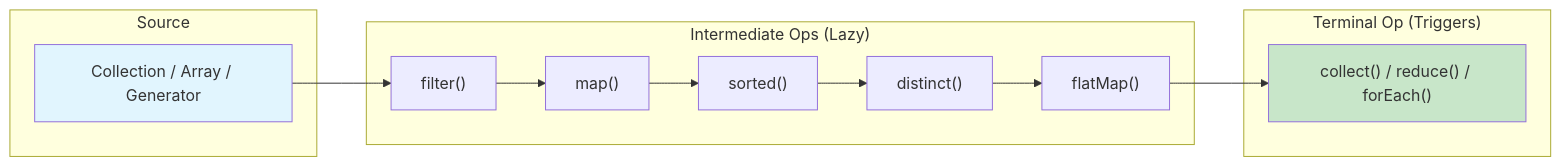
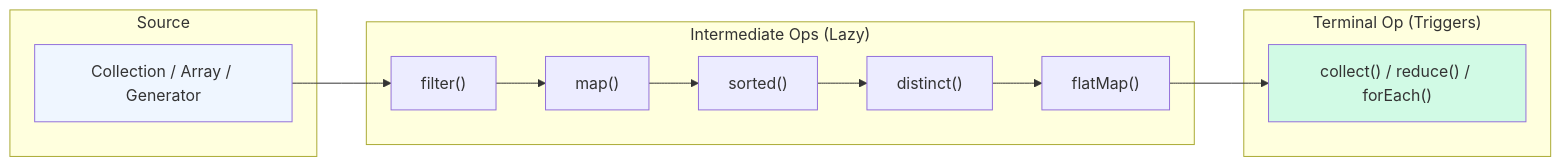
The third of 4 diagrams in docs/java/FunctionalProgramming.md (saivamsikaruturi/vamsilabs-dev-notes-main), drawn with Mermaid before and after one commit. The commit also changed other lines of this file and 220 other files, not shown here.

First line of the commit message:
Add 50+ new Java/Spring Boot pages, rewrite CSS code blocks to Oracle style, fix all diagram colors

````diff
--- a/docs/java/FunctionalProgramming.md
+++ b/docs/java/FunctionalProgramming.md
@@ -246,19 +256,19 @@
 ```mermaid
 graph LR
     subgraph Source
         S["Collection / Array / Generator"]
     end
     subgraph "Intermediate Ops (Lazy)"
         F["filter()"] --> M["map()"]
         M --> ST["sorted()"]
         ST --> D["distinct()"]
         D --> FL["flatMap()"]
     end
     subgraph "Terminal Op (Triggers)"
         T["collect() / reduce() / forEach()"]
     end
     S --> F
     FL --> T
-    style S fill:#e1f5fe
-    style T fill:#c8e6c9
+    style S fill:#EFF6FF
+    style T fill:#D1FAE5
 ```
````
